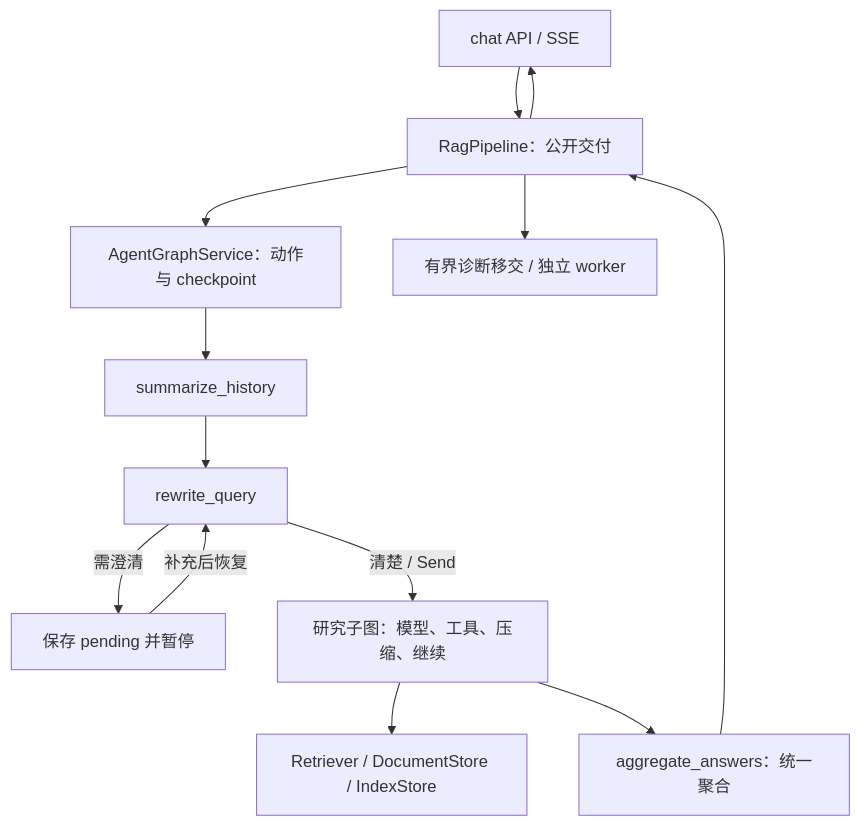
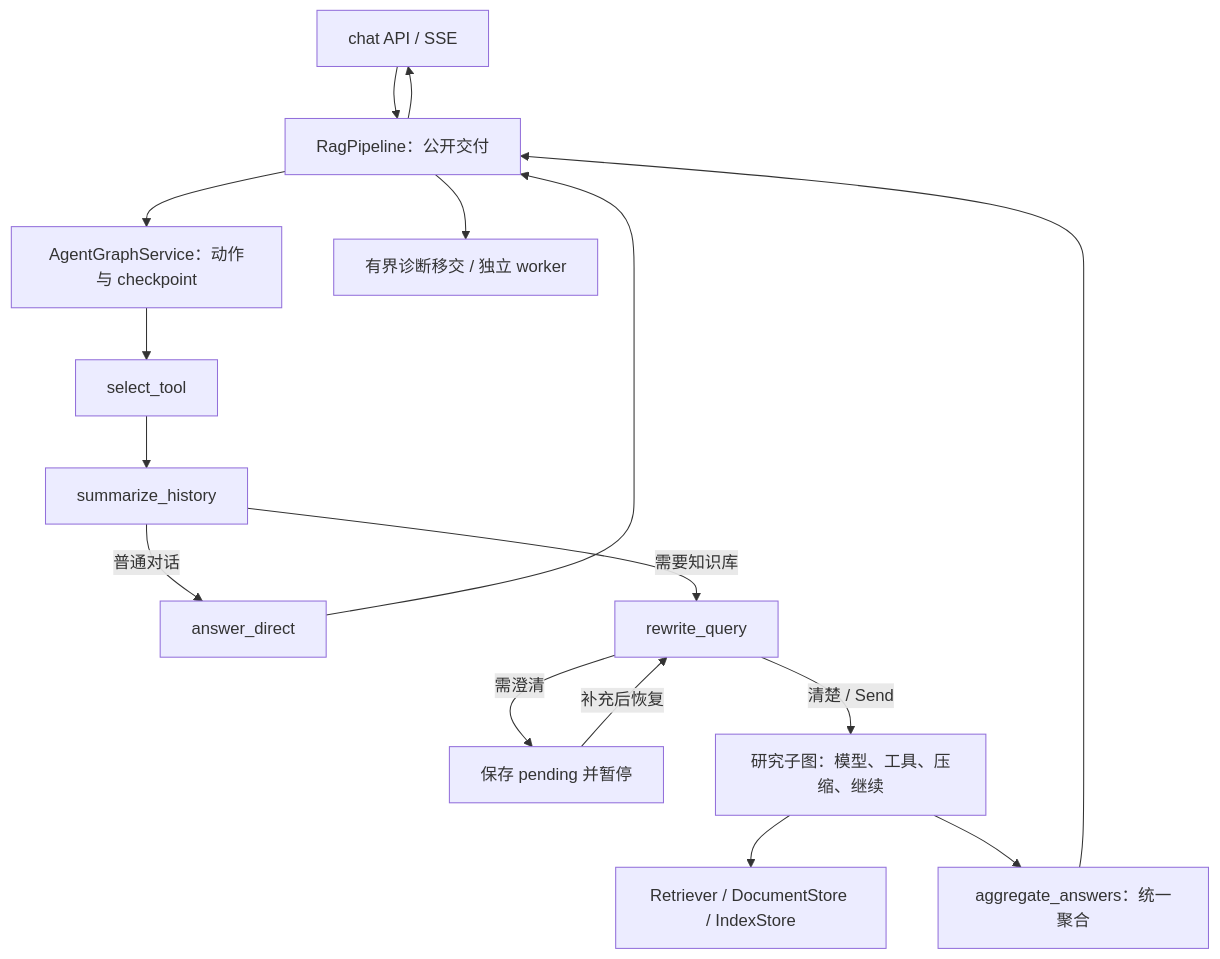
The diagram in docs/repository-guide.md (ifhgh666/agentic-rag), drawn with Mermaid before and after one commit. The commit also changed other lines of this file and 32 other files, not shown here.

````diff
--- a/docs/repository-guide.md
+++ b/docs/repository-guide.md
@@ -43,15 +43,18 @@
 ```mermaid
 flowchart TD
     API[chat API / SSE] --> P[RagPipeline：公开交付]
     P --> S[AgentGraphService：动作与 checkpoint]
-    S --> H[summarize_history]
-    H --> Q[rewrite_query]
+    S --> K[select_tool]
+    K --> H[summarize_history]
+    H -->|普通对话| B[answer_direct]
+    B --> P
+    H -->|需要知识库| Q[rewrite_query]
     Q -->|需澄清| C[保存 pending 并暂停]
     C -->|补充后恢复| Q
     Q -->|清楚 / Send| R[研究子图：模型、工具、压缩、继续]
     R --> T[Retriever / DocumentStore / IndexStore]
     R --> A[aggregate_answers：统一聚合]
     A --> P
     P --> API
     P --> D[有界诊断移交 / 独立 worker]
 ```
````
